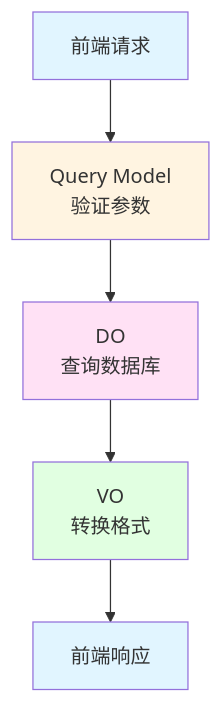
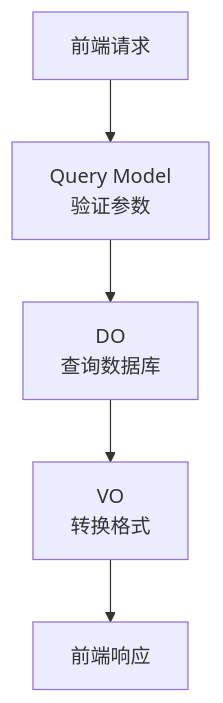
Before and after one commit to hata33/ruoyi-fastapi-full-stack: the third of 3 diagrams in ruoyi-fastapi-backend/docs/learning/05-前端开发者的后端入门/02-数据处理-模型即代码.md, drawn with Mermaid. The commit also changed other lines of this file and 20 other files, not shown here.

````diff
--- a/ruoyi-fastapi-backend/docs/learning/05-前端开发者的后端入门/02-数据处理-模型即代码.md
+++ b/ruoyi-fastapi-backend/docs/learning/05-前端开发者的后端入门/02-数据处理-模型即代码.md
@@ -560,13 +560,7 @@
 ```mermaid
 flowchart TB
-    A[前端请求] --> B[Query Model<br/>验证参数]
-    B --> C[DO<br/>查询数据库]
-    C --> D[VO<br/>转换格式]
+    A[前端请求] --> B["Query Model<br>验证参数"]
+    B --> C["DO<br>查询数据库"]
+    C --> D["VO<br>转换格式"]
     D --> E[前端响应]
-
-    style A fill:#e1f5ff
-    style B fill:#fff4e1
-    style C fill:#ffe1f5
-    style D fill:#e1ffe1
-    style E fill:#e1f5ff
 ```
````
